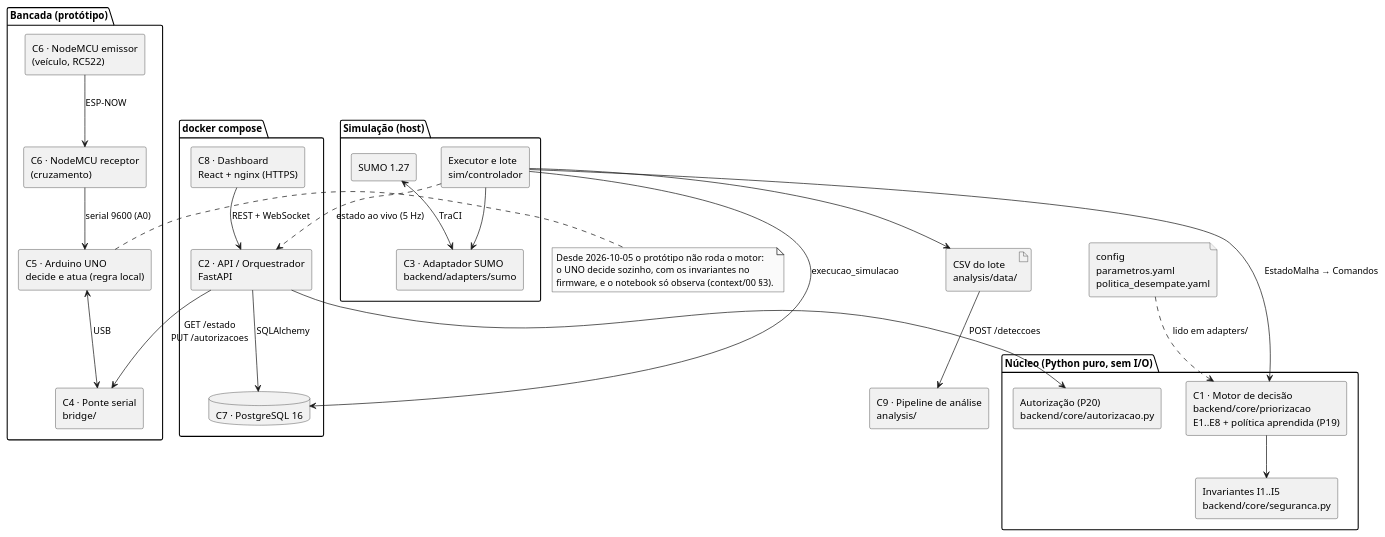
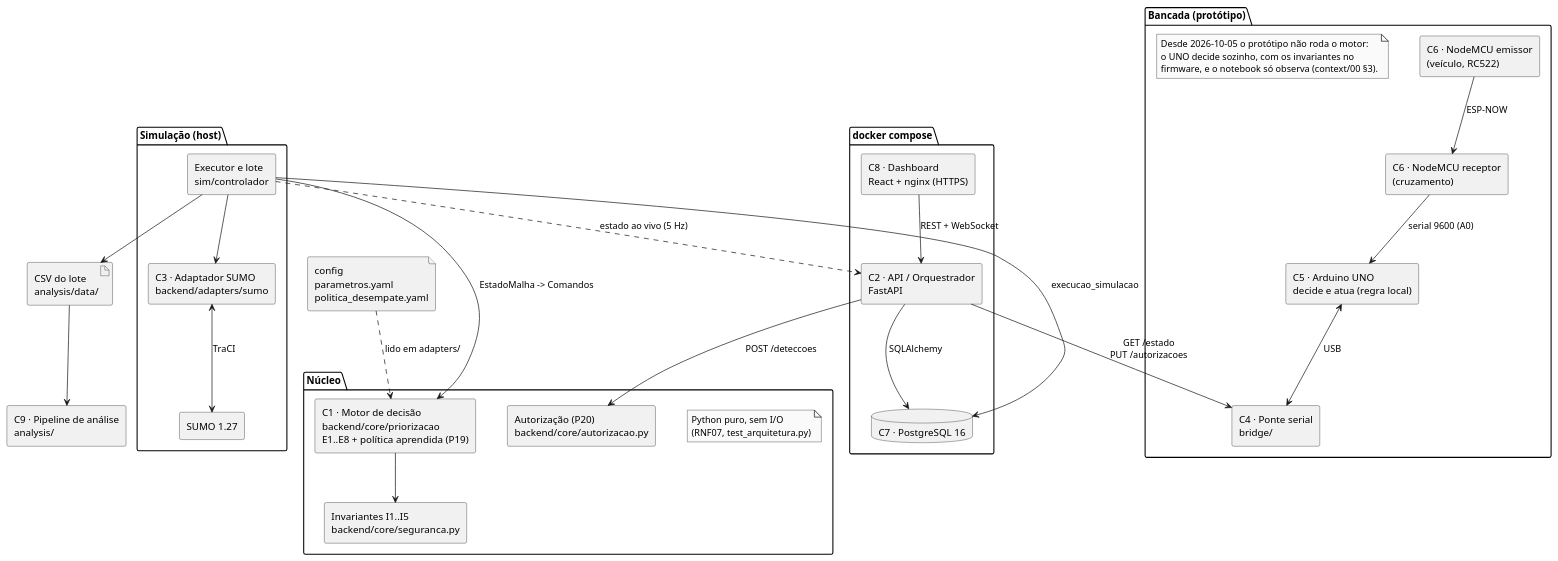
The diagram in docs/diagramas/componentes.puml (felipepascucci/tcc-semaforos-inteligentes), drawn with PlantUML before and after one commit. The commit also changed 44 other files, not shown here.

First line of the commit message:
feat(validacao): relatório de validação, casos de teste e diagramas

```diff
--- a/docs/diagramas/componentes.puml
+++ b/docs/diagramas/componentes.puml
@@ -1,61 +1,71 @@
 @startuml componentes
 ' Diagrama de componentes — context/08 §5.
 ' Fontes: context/01 §2 (C1..C9), §1 (motor agnóstico), §4 (bancada, 2026-10-05),
 ' context/02 §3 (serviços do compose) e §5 (rede do protótipo).
+' Revisão de legibilidade (2026-10-08): mais espaço entre os elementos, a nota
+' da bancada solta dentro do pacote (a linha dela cruzava o diagrama) e os
+' pacotes declarados na ordem em que as setas correm, para os rótulos ficarem
+' junto da seta a que pertencem.
 skinparam monochrome true
 skinparam componentStyle rectangle
-
-package "Simulação (host)" {
-  [SUMO 1.27] as SUMO
-  component "C3 · Adaptador SUMO\nbackend/adapters/sumo" as AdSumo
-  component "Executor e lote\nsim/controlador" as Executor
-}
-
-package "Núcleo (Python puro, sem I/O)" {
-  component "C1 · Motor de decisão\nbackend/core/priorizacao\nE1..E8 + política aprendida (P19)" as Motor
-  component "Invariantes I1..I5\nbackend/core/seguranca.py" as Seguranca
-  component "Autorização (P20)\nbackend/core/autorizacao.py" as Autorizacao
-}
-
-package "docker compose" {
-  component "C2 · API / Orquestrador\nFastAPI" as API
-  database "C7 · PostgreSQL 16" as Banco
-  component "C8 · Dashboard\nReact + nginx (HTTPS)" as Dashboard
-}
+skinparam nodesep 45
+skinparam ranksep 70
 
 package "Bancada (protótipo)" {
   component "C6 · NodeMCU emissor\n(veículo, RC522)" as Emissor
   component "C6 · NodeMCU receptor\n(cruzamento)" as Receptor
   component "C5 · Arduino UNO\ndecide e atua (regra local)" as UNO
   component "C4 · Ponte serial\nbridge/" as Ponte
+  note as NotaBancada
+    Desde 2026-10-05 o protótipo não roda o motor:
+    o UNO decide sozinho, com os invariantes no
+    firmware, e o notebook só observa (context/00 §3).
+  end note
 }
 
+package "docker compose" {
+  component "C8 · Dashboard\nReact + nginx (HTTPS)" as Dashboard
+  component "C2 · API / Orquestrador\nFastAPI" as API
+  database "C7 · PostgreSQL 16" as Banco
+}
+
+package "Núcleo" {
+  note as NotaNucleo
+    Python puro, sem I/O
+    (RNF07, test_arquitetura.py)
+  end note
+  component "C1 · Motor de decisão\nbackend/core/priorizacao\nE1..E8 + política aprendida (P19)" as Motor
+  component "Invariantes I1..I5\nbackend/core/seguranca.py" as Seguranca
+  component "Autorização (P20)\nbackend/core/autorizacao.py" as Autorizacao
+}
+
+package "Simulação (host)" {
+  component "Executor e lote\nsim/controlador" as Executor
+  component "C3 · Adaptador SUMO\nbackend/adapters/sumo" as AdSumo
+  [SUMO 1.27] as SUMO
+}
+
+file "config\nparametros.yaml\npolitica_desempate.yaml" as Config
+artifact "CSV do lote\nanalysis/data/" as CSV
 component "C9 · Pipeline de análise\nanalysis/" as Analise
-artifact "CSV do lote\nanalysis/data/" as CSV
-file "config\nparametros.yaml\npolitica_desempate.yaml" as Config
-
-SUMO <--> AdSumo : TraCI
-Executor --> AdSumo
-Executor --> Motor : EstadoMalha → Comandos
-Motor --> Seguranca
-Config ..> Motor : lido em adapters/
-Executor --> Banco : execucao_simulacao
-Executor --> CSV
-Executor ..> API : estado ao vivo (5 Hz)
-CSV --> Analise
 
 Emissor --> Receptor : ESP-NOW
 Receptor --> UNO : serial 9600 (A0)
 UNO <--> Ponte : USB
+
+Dashboard --> API : REST + WebSocket
 API --> Ponte : GET /estado\nPUT /autorizacoes
+API --> Banco : SQLAlchemy
 API --> Autorizacao : POST /deteccoes
-API --> Banco : SQLAlchemy
-Dashboard --> API : REST + WebSocket
 
-note right of UNO
-  Desde 2026-10-05 o protótipo não roda o motor:
-  o UNO decide sozinho, com os invariantes no
-  firmware, e o notebook só observa (context/00 §3).
-end note
+Executor --> Motor : EstadoMalha -> Comandos
+Motor --> Seguranca
+Config ..> Motor : lido em adapters/
+Executor --> AdSumo
+AdSumo <--> SUMO : TraCI
+Executor ..> API : estado ao vivo (5 Hz)
+Executor --> Banco : execucao_simulacao
+Executor --> CSV
+CSV --> Analise
 
 @enduml
```
